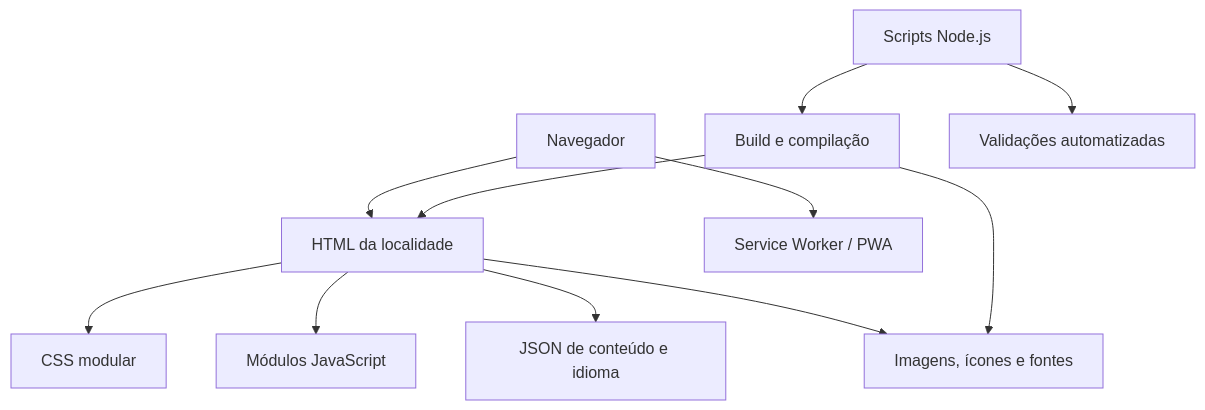
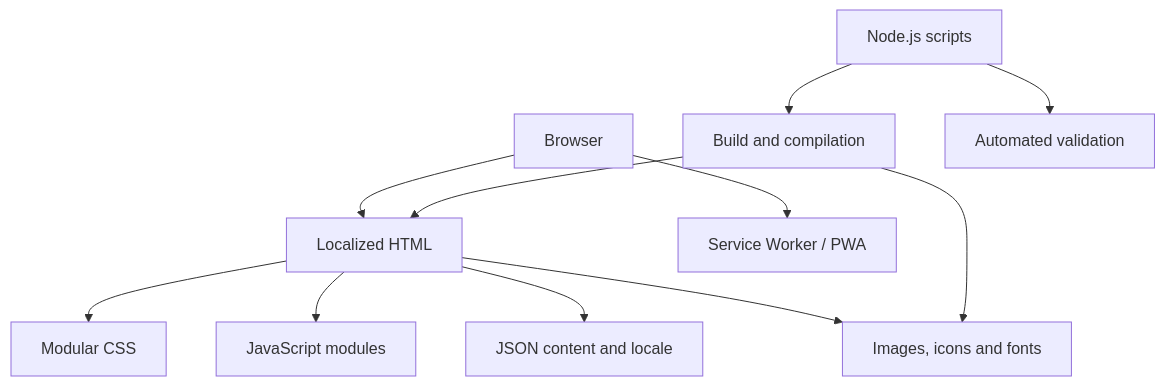
One commit to RMBarros-Dev/instituto-nova-esperanca changed the diagram in README.md. Above: the diagram before and after it, drawn with Mermaid. The commit also changed other lines of this file, not shown here.

````diff
--- a/README.md
+++ b/README.md
@@ -102,13 +95,13 @@
 ```mermaid
 flowchart TD
-  Browser[Navegador] --> Page[HTML da localidade]
-  Page --> CSS[CSS modular]
-  Page --> JS[Módulos JavaScript]
-  Page --> Data[JSON de conteúdo e idioma]
-  Page --> Assets[Imagens, ícones e fontes]
+  Browser[Browser] --> Page[Localized HTML]
+  Page --> CSS[Modular CSS]
+  Page --> JS[JavaScript modules]
+  Page --> Data[JSON content and locale]
+  Page --> Assets[Images, icons and fonts]
   Browser --> SW[Service Worker / PWA]
-  Scripts[Scripts Node.js] --> Build[Build e compilação]
-  Scripts --> QA[Validações automatizadas]
+  Scripts[Node.js scripts] --> Build[Build and compilation]
+  Scripts --> QA[Automated validation]
   Build --> Page
   Build --> Assets
 ```
````
